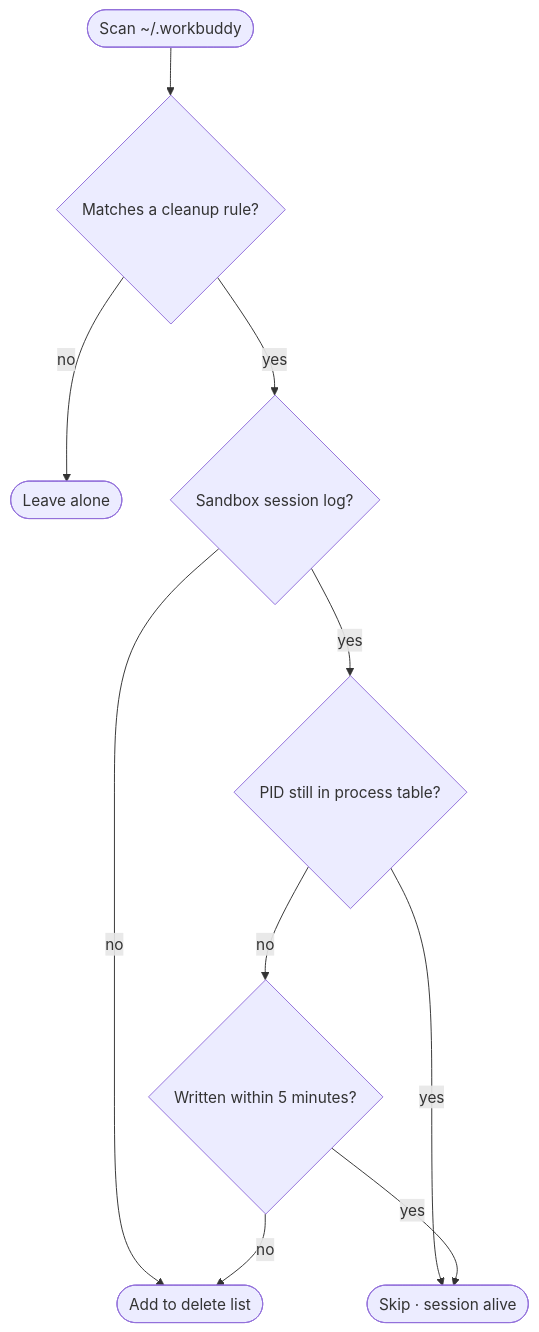
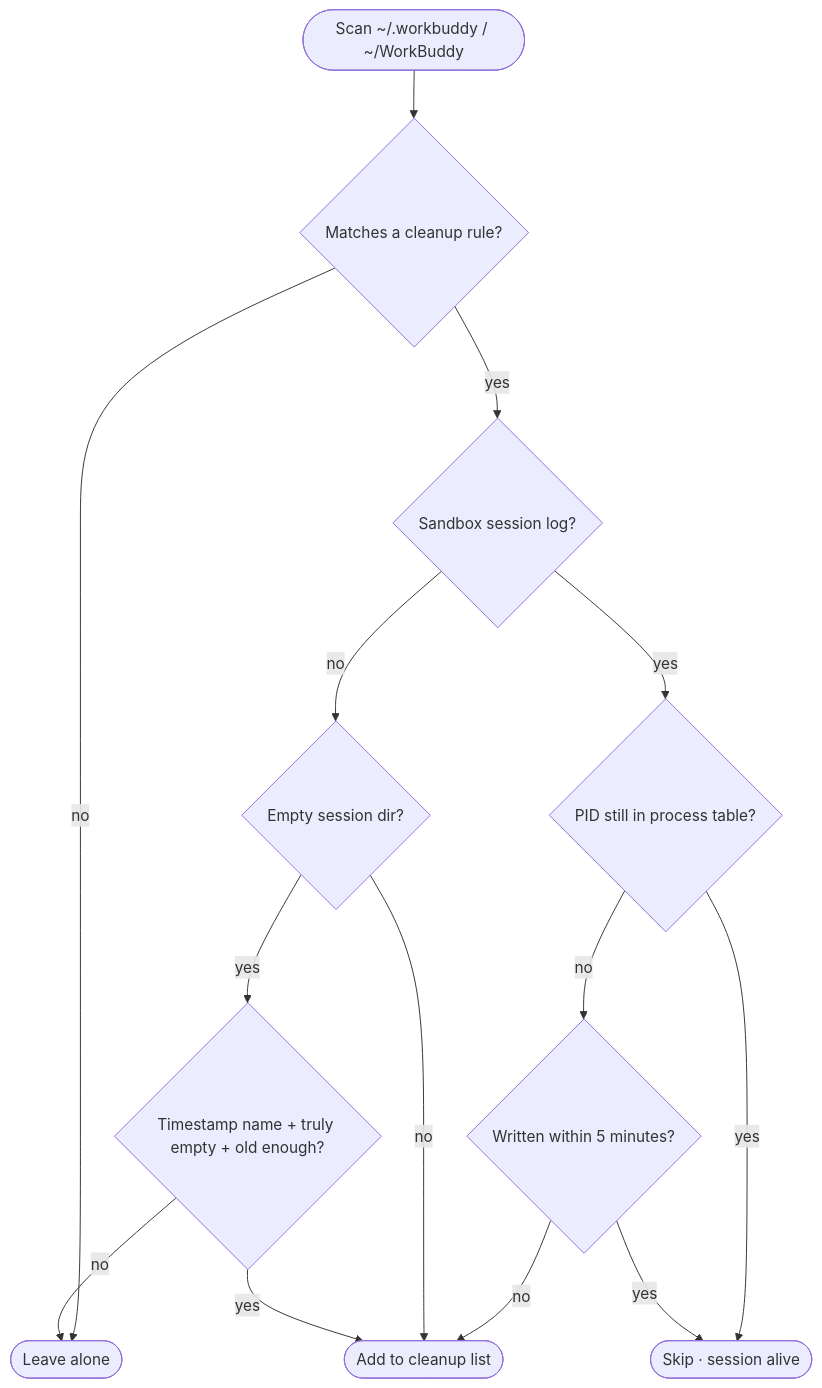
One commit to Congxiang1994/mac-sweep changed the first of 2 diagrams in README.en.md. Above: the diagram before and after it, drawn with Mermaid. The commit also changed other lines of this file and 3 other files, not shown here.

````diff
--- a/README.en.md
+++ b/README.en.md
@@ -66,12 +71,16 @@
 ```mermaid
 flowchart TD
-    A(["Scan ~/.workbuddy"]) --> B{"Matches a cleanup rule?"}
+    A(["Scan ~/.workbuddy / ~/WorkBuddy"]) --> B{"Matches a cleanup rule?"}
     B -- "no" --> KEEP(["Leave alone"])
     B -- "yes" --> C{"Sandbox session log?"}
-    C -- "no" --> DEL(["Add to delete list"])
-    C -- "yes" --> D{"PID still in process table?"}
-    D -- "yes" --> LIVE(["Skip · session alive"])
-    D -- "no" --> E{"Written within 5 minutes?"}
-    E -- "yes" --> LIVE
-    E -- "no" --> DEL
+    C -- "no" --> D{"Empty session dir?"}
+    C -- "yes" --> E{"PID still in process table?"}
+    E -- "yes" --> LIVE(["Skip · session alive"])
+    E -- "no" --> F{"Written within 5 minutes?"}
+    F -- "yes" --> LIVE
+    F -- "no" --> DEL(["Add to cleanup list"])
+    D -- "no" --> DEL
+    D -- "yes" --> G{"Timestamp name + truly empty + old enough?"}
+    G -- "no" --> KEEP
+    G -- "yes" --> DEL
 ```
````
